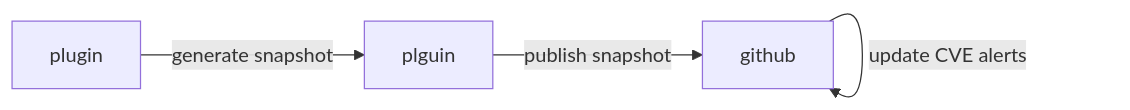
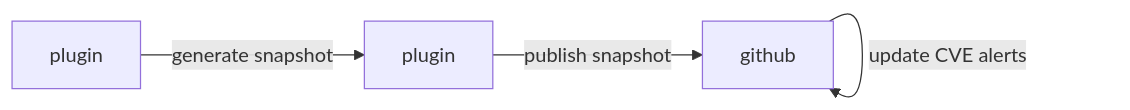
One commit to yazgoo/scala-meetup-july-2024 changed the first of 2 diagrams in README.md. Above: the diagram before and after it, drawn with Mermaid.

````diff
--- a/README.md
+++ b/README.md
@@ -47,6 +47,6 @@
 ```mermaid
 graph LR
-  A[plugin] -->|generate snapshot| B[plguin]
+  A[plugin] -->|generate snapshot| B[plugin]
   B -->|publish snapshot| C[github]
   C -->|update CVE alerts| C[github]
 ```
````
